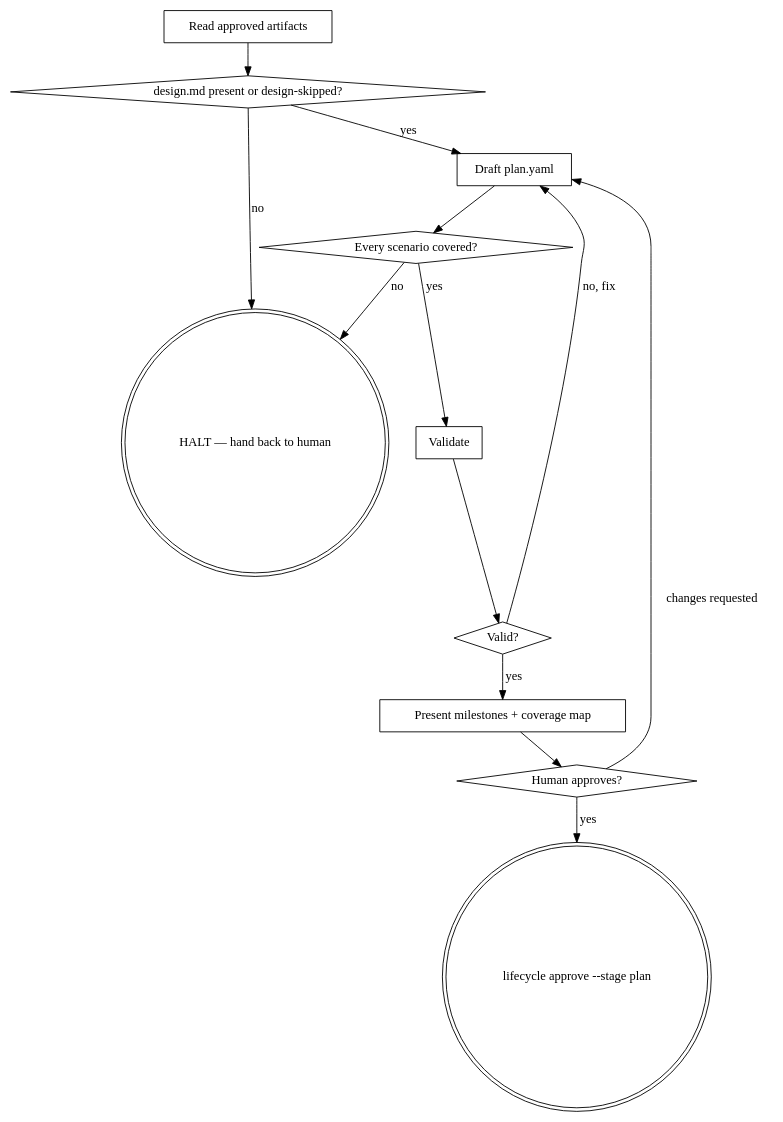
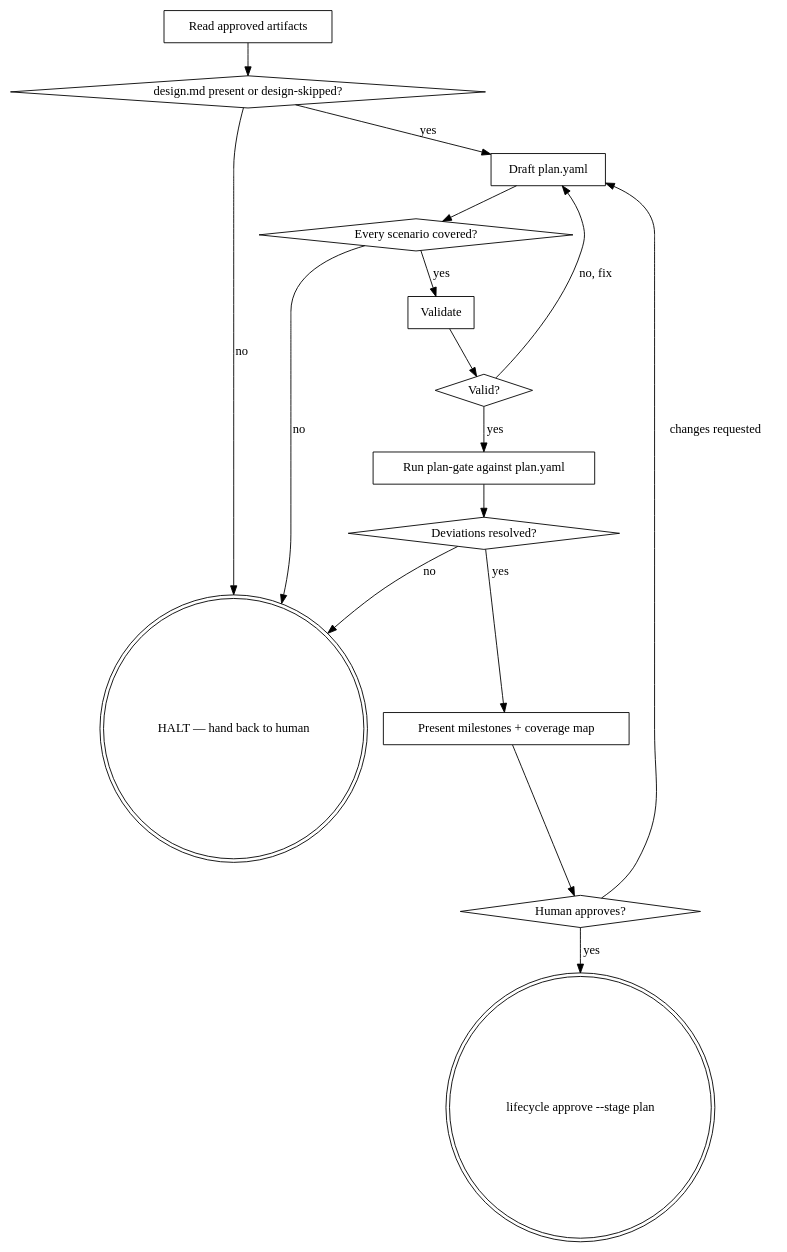
The diagram in skills/lifecycle-plan/SKILL.md (kentra-io/spec-lifecycle), drawn with Graphviz before and after one commit. The commit also changed other lines of this file and 1 other file, not shown here.

First line of the commit message:
fix(lifecycle-plan): run the constitution plan-gate against plan.yaml before gate 3

````diff
--- a/skills/lifecycle-plan/SKILL.md
+++ b/skills/lifecycle-plan/SKILL.md
@@ -82,27 +86,32 @@
 ```dot
 digraph plan_stage {
     "Read approved artifacts" [shape=box];
     "design.md present or design-skipped?" [shape=diamond];
     "Draft plan.yaml" [shape=box];
     "Every scenario covered?" [shape=diamond];
     "HALT — hand back to human" [shape=doublecircle];
     "Validate" [shape=box];
     "Valid?" [shape=diamond];
+    "Run plan-gate against plan.yaml" [shape=box];
+    "Deviations resolved?" [shape=diamond];
     "Present milestones + coverage map" [shape=box];
     "Human approves?" [shape=diamond];
     "lifecycle approve --stage plan" [shape=doublecircle];
 
     "Read approved artifacts" -> "design.md present or design-skipped?";
     "design.md present or design-skipped?" -> "HALT — hand back to human" [label="no"];
     "design.md present or design-skipped?" -> "Draft plan.yaml" [label="yes"];
     "Draft plan.yaml" -> "Every scenario covered?";
     "Every scenario covered?" -> "HALT — hand back to human" [label="no"];
     "Every scenario covered?" -> "Validate" [label="yes"];
     "Validate" -> "Valid?";
     "Valid?" -> "Draft plan.yaml" [label="no, fix"];
-    "Valid?" -> "Present milestones + coverage map" [label="yes"];
+    "Valid?" -> "Run plan-gate against plan.yaml" [label="yes"];
+    "Run plan-gate against plan.yaml" -> "Deviations resolved?";
+    "Deviations resolved?" -> "HALT — hand back to human" [label="no"];
+    "Deviations resolved?" -> "Present milestones + coverage map" [label="yes"];
     "Present milestones + coverage map" -> "Human approves?";
     "Human approves?" -> "Draft plan.yaml" [label="changes requested"];
     "Human approves?" -> "lifecycle approve --stage plan" [label="yes"];
 }
 ```
````
